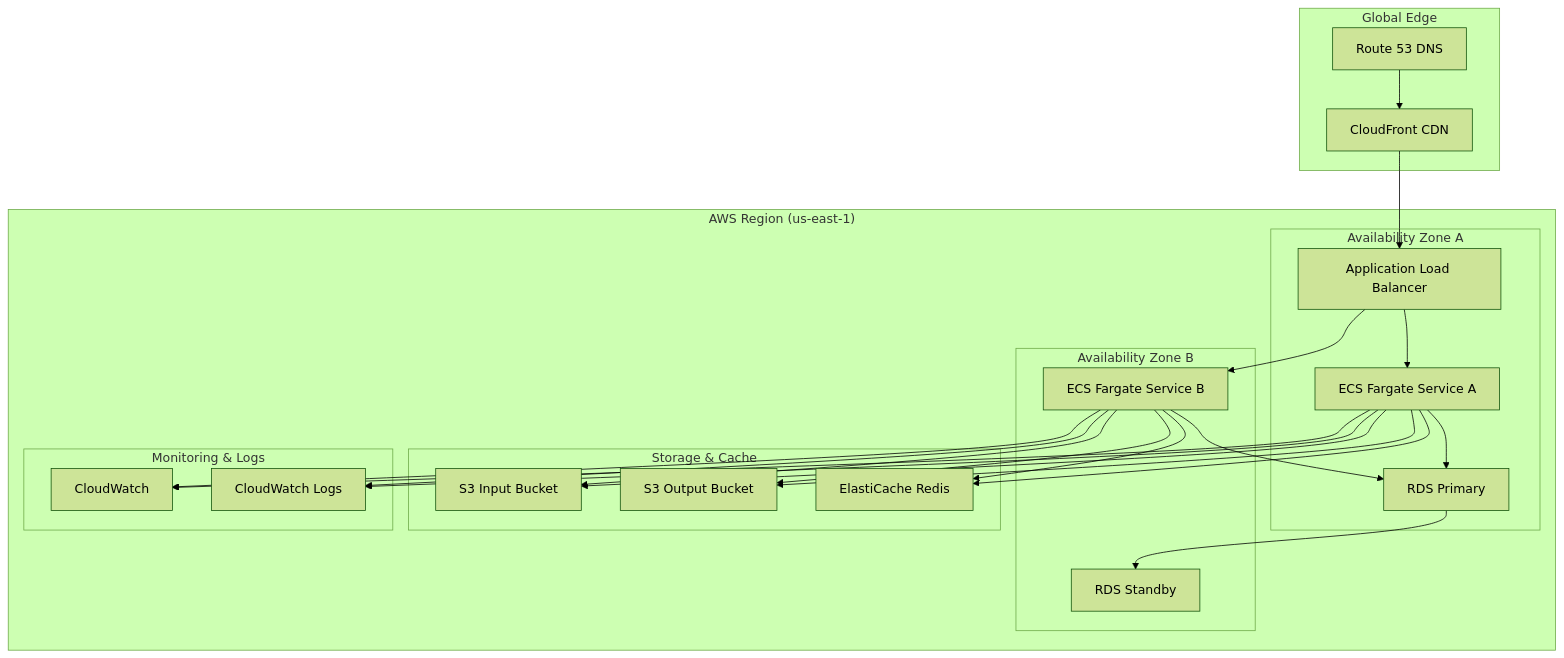
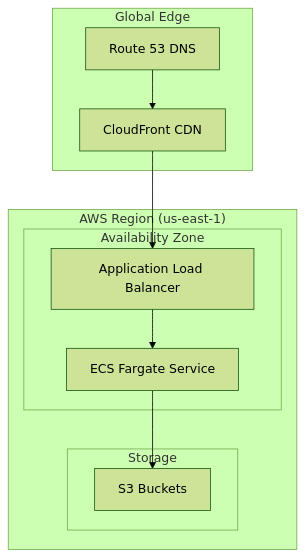
One commit to shiv/video-translator changed the second of 2 diagrams in AI_Video_Translation_Service_HLD.md. Above: the diagram before and after it, drawn with Mermaid (forest theme). The commit also changed other lines of this file, not shown here.

````diff
--- a/AI_Video_Translation_Service_HLD.md
+++ b/AI_Video_Translation_Service_HLD.md
@@ -1189,49 +307,24 @@
 ```mermaid
 graph TB
     subgraph "Global Edge"
         CF[CloudFront CDN]
         R53[Route 53 DNS]
     end
     
     subgraph "AWS Region (us-east-1)"
-        subgraph "Availability Zone A"
+        subgraph "Availability Zone"
             ALB[Application Load Balancer]
-            ECS_A[ECS Fargate Service A]
-            RDS_A[RDS Primary]
+            ECS[ECS Fargate Service]
         end
         
-        subgraph "Availability Zone B"
-            ECS_B[ECS Fargate Service B]
-            RDS_B[RDS Standby]
+        subgraph "Storage"
+            S3[S3 Buckets]
         end
         
-        subgraph "Storage & Cache"
-            S3_INPUT[S3 Input Bucket]
-            S3_OUTPUT[S3 Output Bucket]
-            REDIS[ElastiCache Redis]
-        end
-        
-        subgraph "Monitoring & Logs"
-            CW[CloudWatch]
-            CWL[CloudWatch Logs]
-        end
     end
     
     CF --> ALB
     R53 --> CF
-    ALB --> ECS_A
-    ALB --> ECS_B
-    ECS_A --> RDS_A
-    ECS_B --> RDS_A
-    ECS_A --> S3_INPUT
-    ECS_A --> S3_OUTPUT
-    ECS_B --> S3_INPUT
-    ECS_B --> S3_OUTPUT
-    ECS_A --> REDIS
-    ECS_B --> REDIS
-    RDS_A --> RDS_B
-    ECS_A --> CW
-    ECS_B --> CW
-    ECS_A --> CWL
-    ECS_B --> CWL
+    ALB --> ECS
+    ECS --> S3
 ```
````
